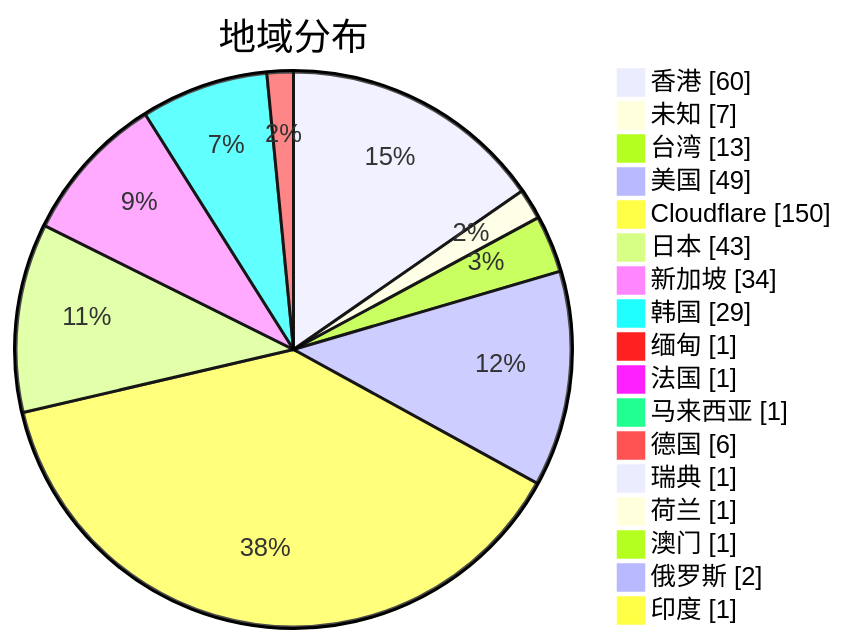
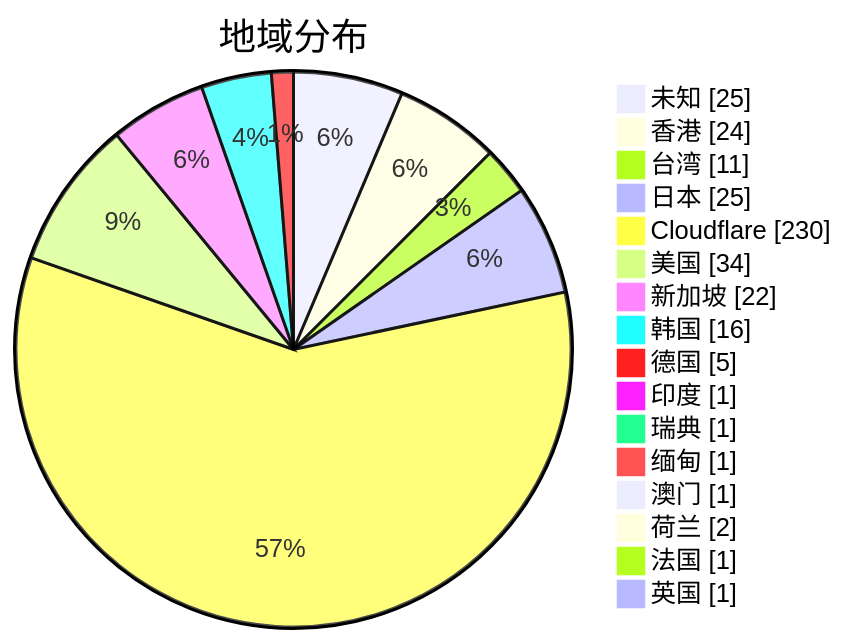
One commit to qjlxg/airport changed the second of 3 diagrams in subs/statistics/tested_within.md. Above: the diagram before and after it, drawn with Mermaid. The commit also changed other lines of this file and 2 other files, not shown here.

````diff
--- a/subs/statistics/tested_within.md
+++ b/subs/statistics/tested_within.md
@@ -13,21 +13,20 @@
 ```mermaid
 pie showData
 title 地域分布
-"香港" : 60
-"未知" : 7
-"台湾" : 13
-"美国" : 49
-"Cloudflare" : 150
-"日本" : 43
-"新加坡" : 34
-"韩国" : 29
+"未知" : 25
+"香港" : 24
+"台湾" : 11
+"日本" : 25
+"Cloudflare" : 230
+"美国" : 34
+"新加坡" : 22
+"韩国" : 16
+"德国" : 5
+"印度" : 1
+"瑞典" : 1
 "缅甸" : 1
+"澳门" : 1
+"荷兰" : 2
 "法国" : 1
-"马来西亚" : 1
-"德国" : 6
-"瑞典" : 1
-"荷兰" : 1
-"澳门" : 1
-"俄罗斯" : 2
-"印度" : 1
+"英国" : 1
 ```
````
